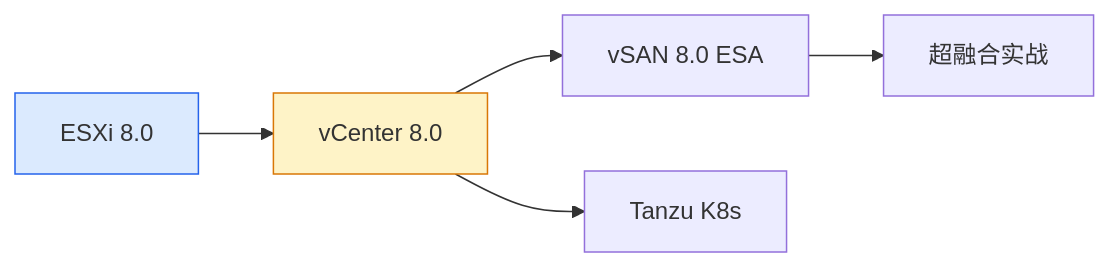
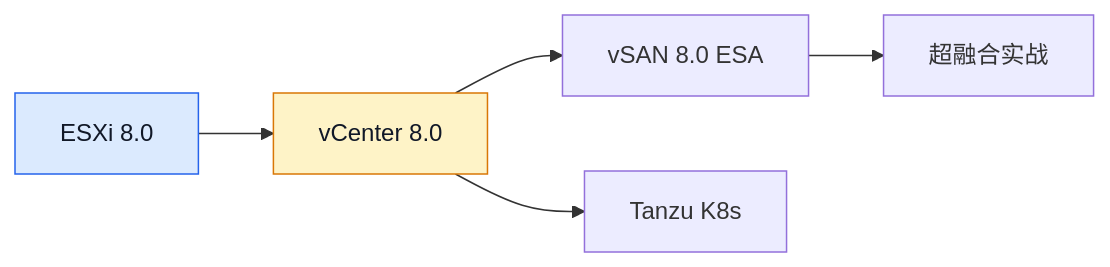
The diagram in docs/deployment/vmware/vcenter-8.0.md (hfei929/1hair-labs), drawn with Mermaid before and after one commit. The commit also changed other lines of this file and 21 other files, not shown here.

Commit message:
添加 NetworkPolicy 文章以及优化之前文章中对站点图片引用失效的问题

````diff
--- a/docs/deployment/vmware/vcenter-8.0.md
+++ b/docs/deployment/vmware/vcenter-8.0.md
@@ -281,10 +248,10 @@
 ```mermaid
 flowchart LR
     A[ESXi 8.0] --> B[vCenter 8.0]
     B --> C[vSAN 8.0 ESA]
     B --> D[Tanzu K8s]
     C --> E[超融合实战]
 
-    style B fill:#fef3c7,stroke:#d97706
-    style A fill:#dbeafe,stroke:#2563eb
+    style B fill:#fef3c7,stroke:#d97706,color:#111827
+    style A fill:#dbeafe,stroke:#2563eb,color:#111827
 ```
````
